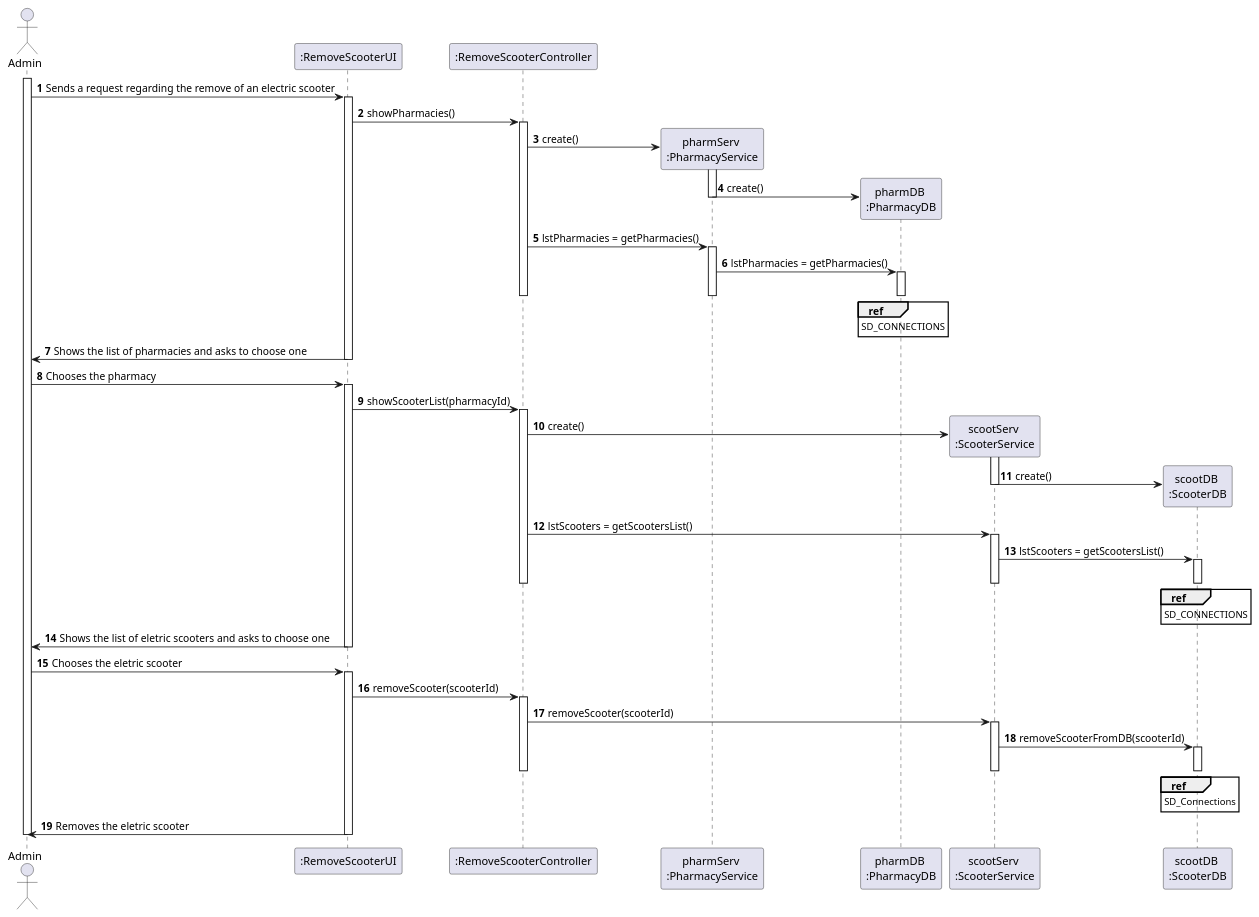
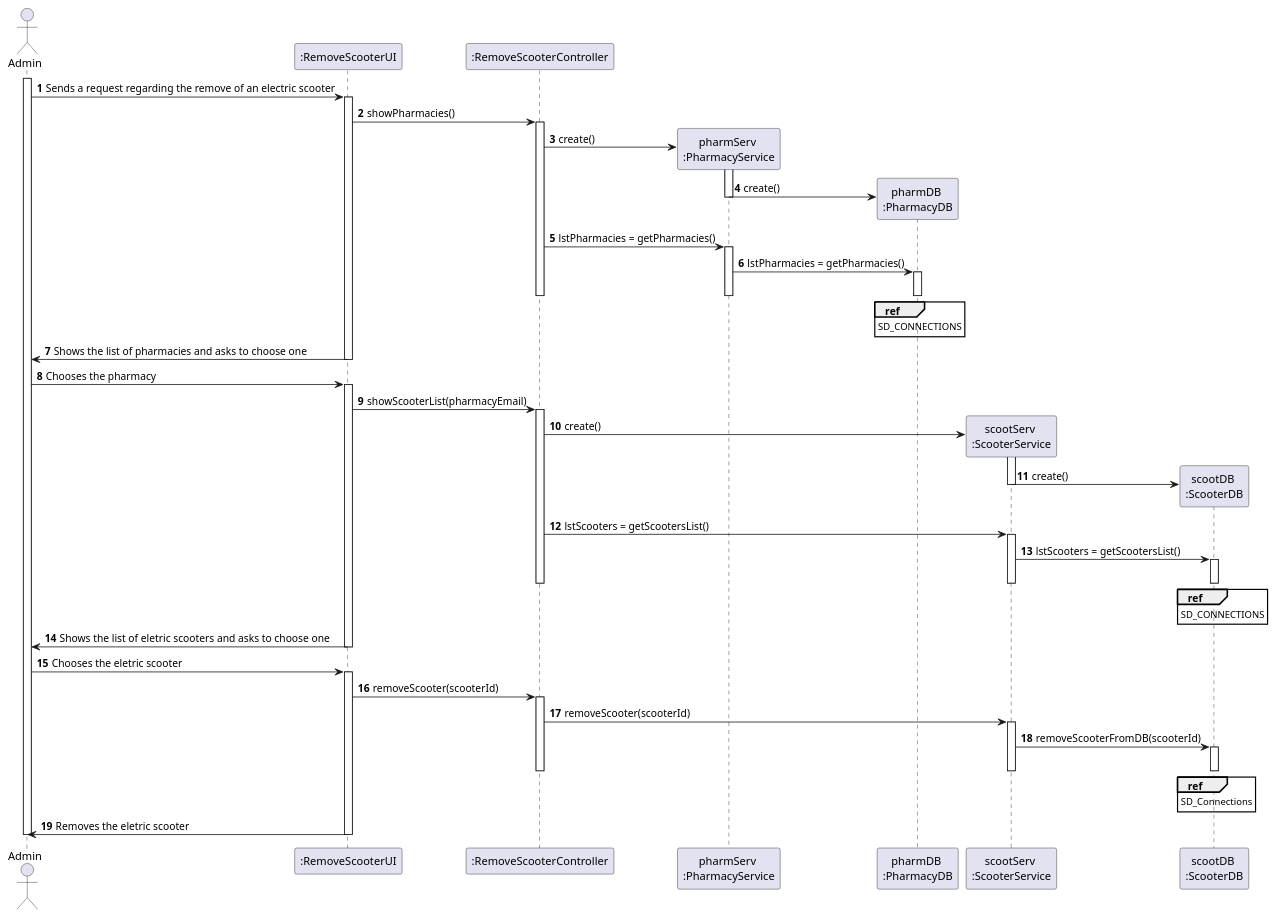
One commit to tiagoavcosta25/LAPR3 changed the diagram in docs/Iteration 3/Scooter Management/Refinement/US22_RemoveScooter/US22_SD.puml. Above: the diagram before and after it, drawn with PlantUML. The commit also changed 7 other files, not shown here.

```diff
--- a/docs/Iteration 3/Scooter Management/Refinement/US22_RemoveScooter/US22_SD.puml
+++ b/docs/Iteration 3/Scooter Management/Refinement/US22_RemoveScooter/US22_SD.puml
@@ -1,78 +1,78 @@
 @startuml
 autonumber
 actor "Admin" as ADMIN
 
 participant ":RemoveScooterUI" as UI
 participant ":RemoveScooterController" as CTRL
 participant "pharmServ \n:PharmacyService" as PHS
 participant "pharmDB \n:PharmacyDB" as PHDB
 participant "scootServ \n:ScooterService" as SS
 participant "scootDB \n:ScooterDB" as SDB
 
 
 
 activate ADMIN
 
 ADMIN -> UI : Sends a request regarding the remove of an electric scooter
 activate UI
 UI -> CTRL : showPharmacies()
 activate CTRL
 CTRL -> PHS ** : create()
 activate PHS
 PHS -> PHDB ** : create()
 deactivate PHS
 CTRL -> PHS : lstPharmacies = getPharmacies()
 activate PHS
 PHS -> PHDB : lstPharmacies = getPharmacies()
 activate PHDB
 ref over PHDB
 SD_CONNECTIONS
 end ref
 deactivate PHDB
 deactivate PHS
 deactivate CTRL
 UI -> ADMIN : Shows the list of pharmacies and asks to choose one
 deactivate UI
 
 ADMIN -> UI : Chooses the pharmacy
 activate UI
-UI -> CTRL : showScooterList(pharmacyId)
+UI -> CTRL : showScooterList(pharmacyEmail)
 activate CTRL
 CTRL -> SS ** : create()
 activate SS
 SS -> SDB ** : create()
 deactivate SS
 CTRL -> SS : lstScooters = getScootersList()
 activate SS
 SS -> SDB : lstScooters = getScootersList()
 activate SDB
 ref over SDB
 SD_CONNECTIONS
 end ref
 deactivate SDB
 deactivate SS
 deactivate CTRL
 UI -> ADMIN : Shows the list of eletric scooters and asks to choose one
 deactivate UI
 
 ADMIN -> UI : Chooses the eletric scooter
 activate UI
 UI -> CTRL : removeScooter(scooterId)
 activate CTRL
 CTRL -> SS : removeScooter(scooterId)
 activate SS
 SS -> SDB : removeScooterFromDB(scooterId)
 activate SDB
 ref over SDB
 SD_Connections
 end ref
 deactivate SDB
 deactivate CTRL
 deactivate SS
 UI -> ADMIN : Removes the eletric scooter
 
 deactivate UI
 
 deactivate ADMIN
 
 @enduml
```
